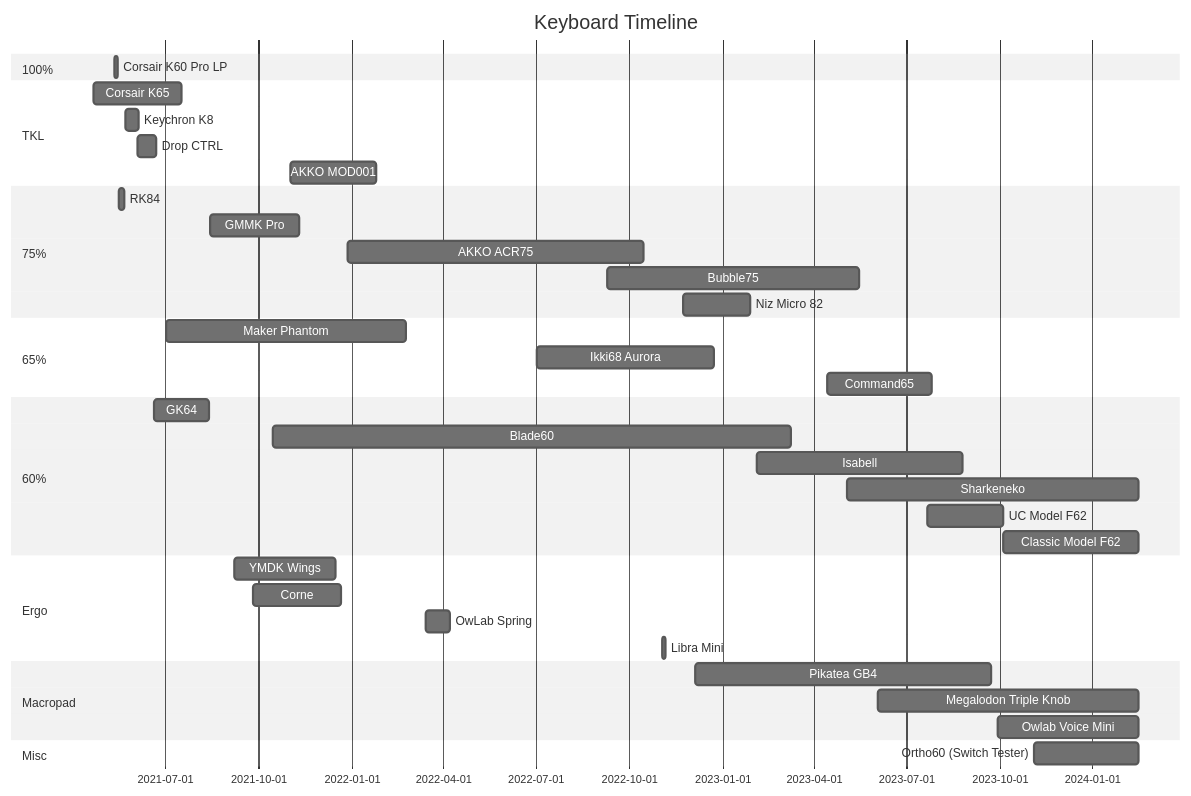
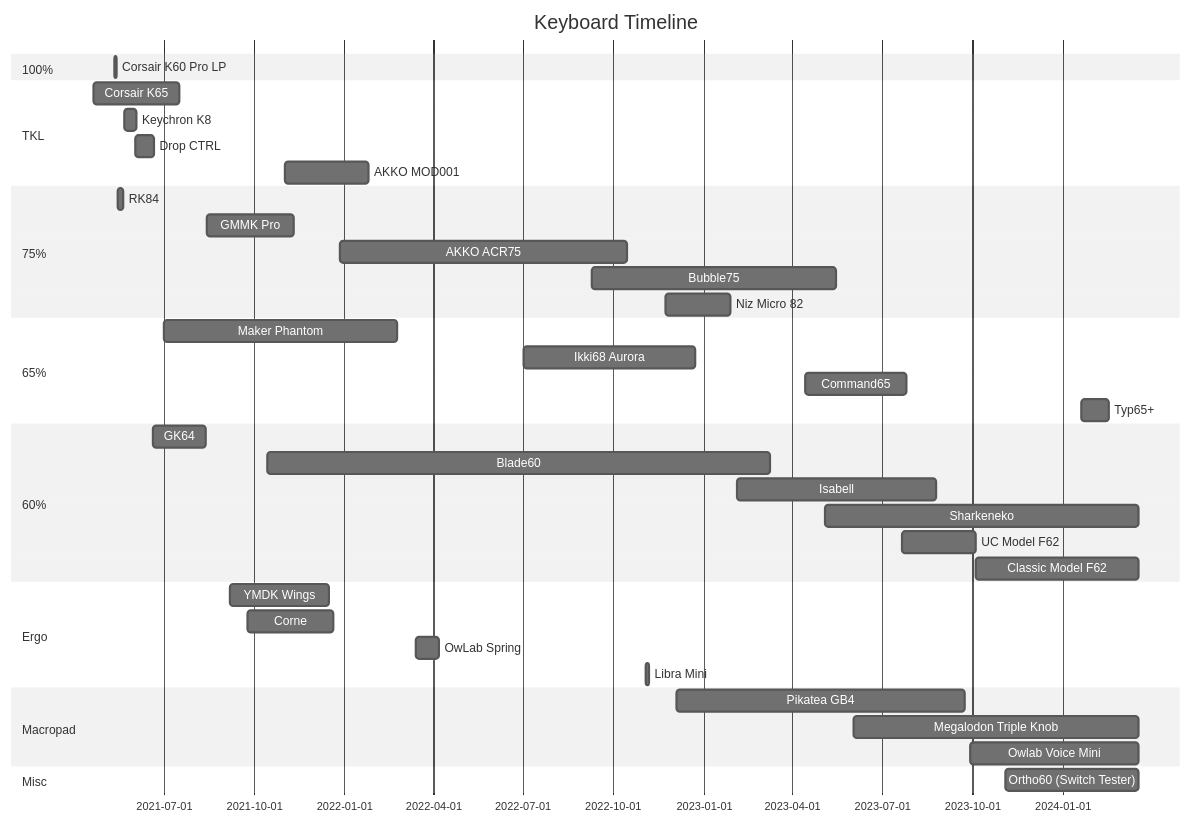
One commit to d-floe/quartzv4 changed the diagram in content/keyboard-index.md. Above: the diagram before and after it, drawn with Mermaid (neutral theme). The commit also changed other lines of this file and 1 other file, not shown here.

Commit message:
vault backup: 2024-03-18 20:29:13

````diff
--- a/content/keyboard-index.md
+++ b/content/keyboard-index.md
@@ -6,50 +6,51 @@
 ```mermaid
 gantt
         title Keyboard Timeline
         dateFormat  MMMM Do YYYY
         todayMarker off
 
         section 100%
         Corsair K60 Pro LP:a2, May 12th 2021,May 15th 2021
 
         section TKL
         Corsair K65:a1, April 21st 2021,July 17th 2021
         Keychron K8:a4, May 22nd 2021,June 4th 2021
         Drop CTRL:a5, June 3rd 2021,June 22nd 2021
         AKKO MOD001:a12, November 1st 2021,January 25th 2022
 
         section 75%
         RK84:a3, May 16th 2021,May 21st 2021
         GMMK Pro:a8, August 14th 2021,November 10th 2021
 
         AKKO ACR75:a13, December 27th 2021,October 15th 2022
         Bubble75:a16, September 9th 2022,May 16th 2023
         Niz Micro 82:a18, November 23rd 2022,January 28th 2023
 
         section 65%
         Maker Phantom:a7, July 2nd 2021,February 23rd 2022
         Ikki68 Aurora:a15, July 2nd 2022,December 23rd 2022
-        Command65:a20, April 14 2023,July 26th 2023
+        Command65:a20, April 14th 2023,July 26th 2023
+        Typ65+:a23, January 20th 2024,February 17th 2024
 
         section 60%
         GK64:a6, June 20th 2021,August 13th 2021
         Blade60:a11, October 15th 2021,March 9th 2023
         Isabell:a19, February 4th 2023,August 25th 2023
-        Sharkeneko:a21, May 4th 2023,February 15th 2024
+        Sharkeneko:a21, May 4th 2023,March 18th 2024
         UC Model F62:a22, July 22nd 2023,October 5th 2023
-        Classic Model F62:a22, October 5th 2023,February 15th 2024
+        Classic Model F62:a22, October 5th 2023,March 18th 2024
 
 		section Ergo
         YMDK Wings:a9, September 7th 2021,December 16th 2021
 		Corne:a10, September 25th 2021,December 21st 2021
 		OwLab Spring:a14, March 14th 2022,April 7th 2022
 		Libra Mini:a17, November 3rd 2022,November 6th 2022
 
 		section Macropad
 		Pikatea GB4:apk, December 5th 2022,September 23rd 2023
-		Megalodon Triple Knob:atk, June 3rd 2023,February 15th 2024
-		Owlab Voice Mini:avm, September 29th 2023,February 15th 2024
+		Megalodon Triple Knob:atk, June 3rd 2023,March 18th 2024
+		Owlab Voice Mini:avm, September 29th 2023,March 18th 2024
 
 		section Misc
-		Ortho60 (Switch Tester):ost, November 4th 2023,February 15th 2024
+		Ortho60 (Switch Tester):ost, November 4th 2023,March 18th 2024
 ```
````
